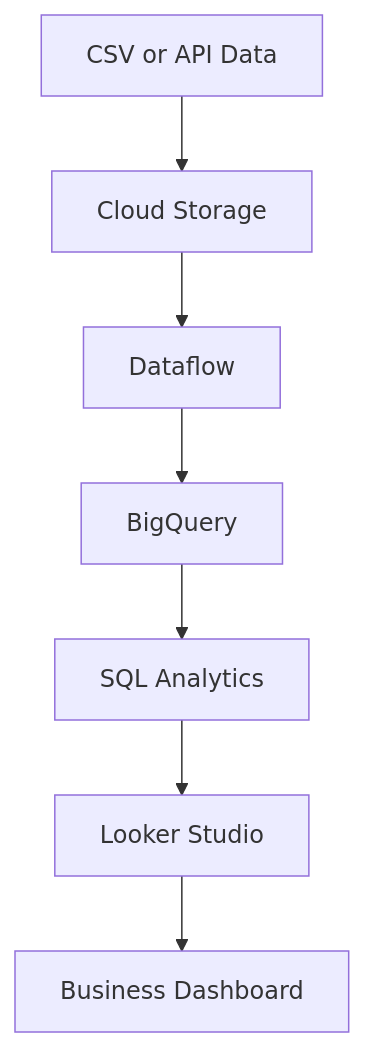
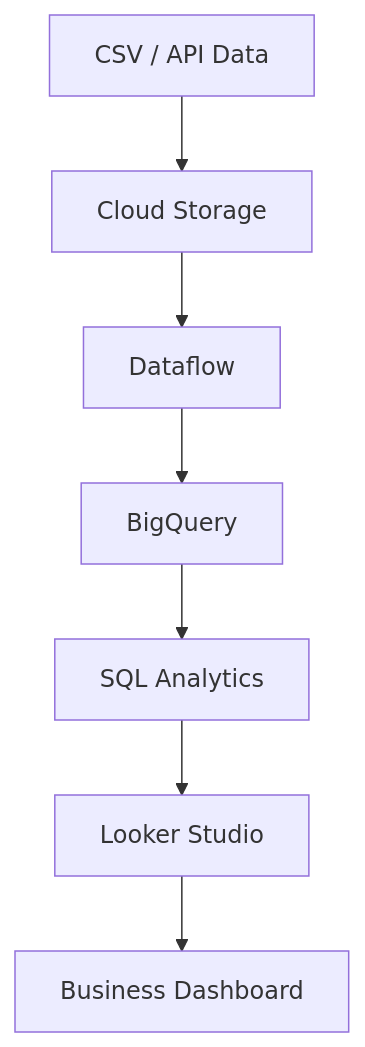
Before and after one commit to Ayush-srivastava504/System-design: diagram 18 of 19 in DAY-005-GOOGLE-CASE-STUDY.md, drawn with Mermaid. The commit also changed other lines of this file, not shown here.

````diff
--- a/DAY-005-GOOGLE-CASE-STUDY.md
+++ b/DAY-005-GOOGLE-CASE-STUDY.md
@@ -985,9 +2245,10 @@
 ```mermaid
 flowchart TD
-    A[CSV or API Data] --> B[Cloud Storage]
-    B --> C[Dataflow]
-    C --> D[BigQuery]
-    D --> E[SQL Analytics]
-    E --> F[Looker Studio]
-    F --> G[Business Dashboard]
+    A["CSV / API Data"] --> B["Cloud Storage"]
+    B --> C["Dataflow"]
+    C --> D["BigQuery"]
+
+    D --> E["SQL Analytics"]
+    E --> F["Looker Studio"]
+    F --> G["Business Dashboard"]
 ```
````
